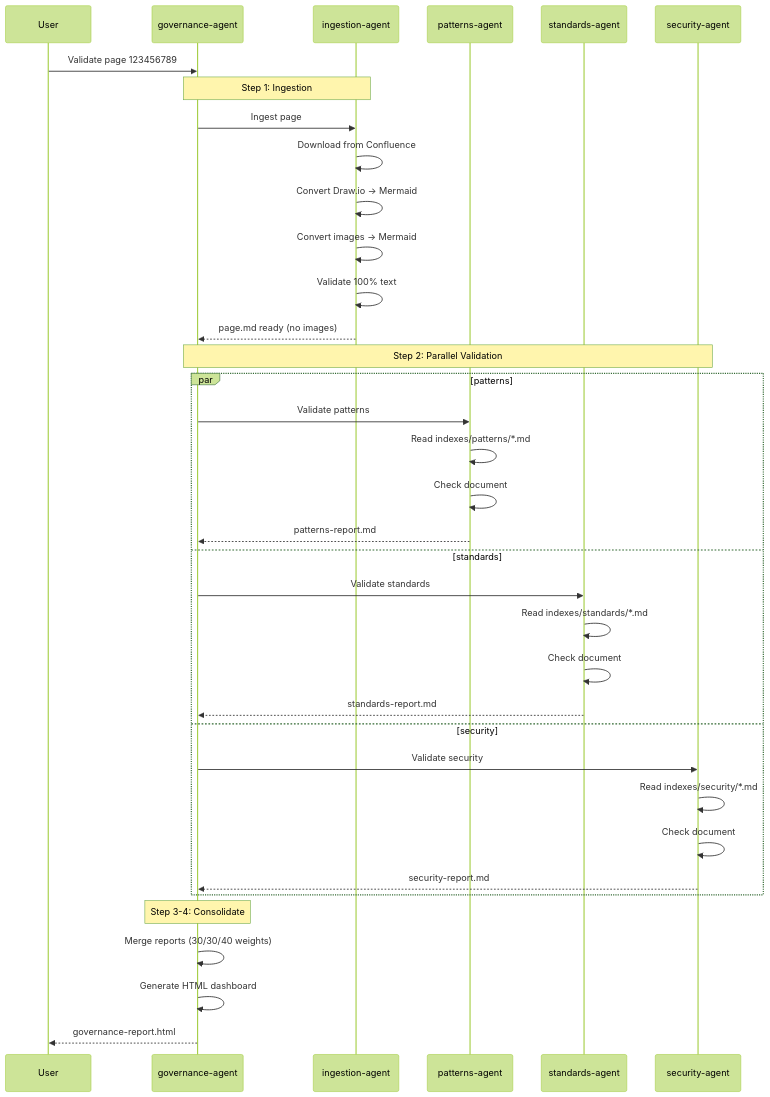
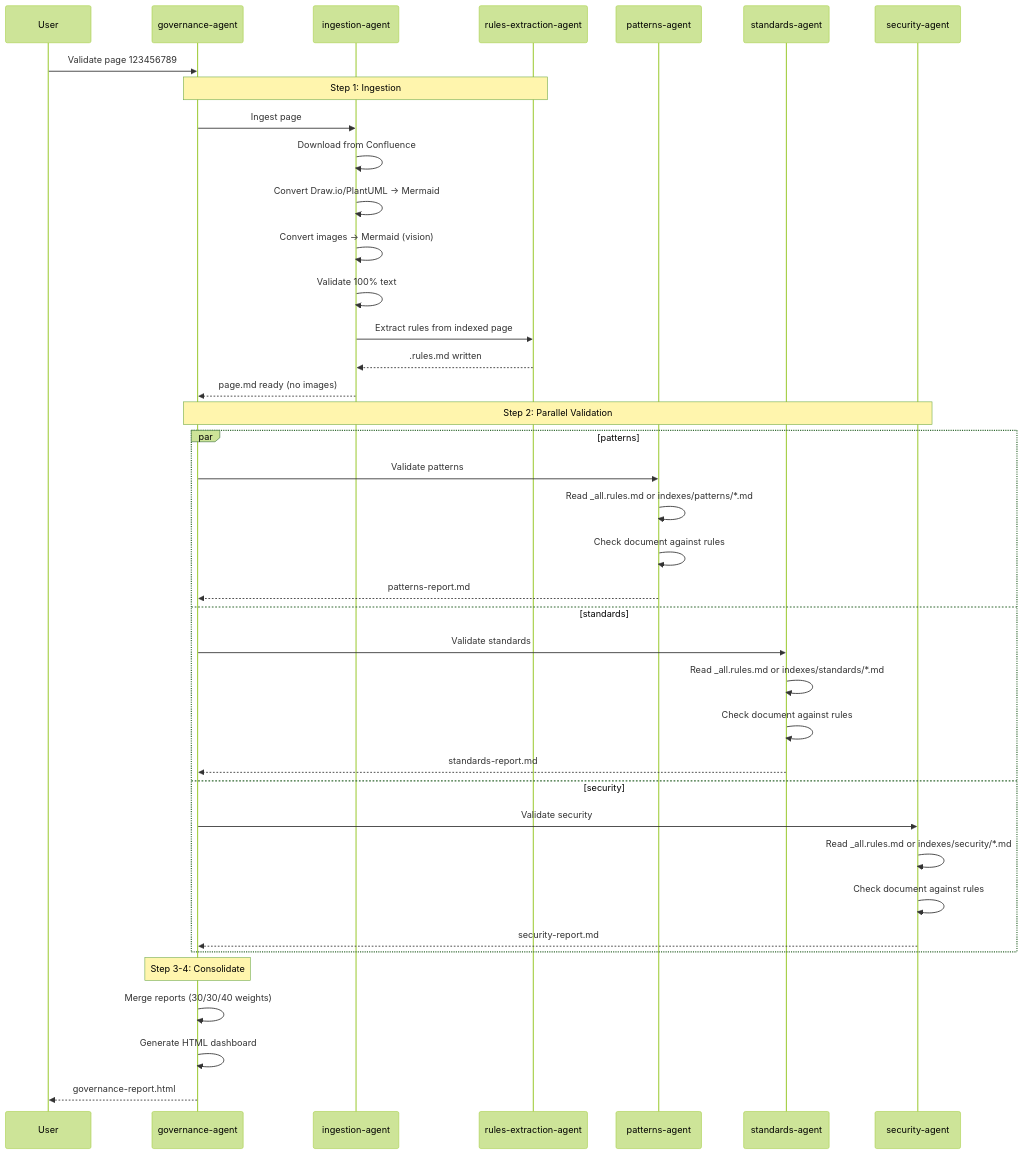
The third of 4 diagrams in README.md (byrash/architecture-governance), drawn with Mermaid (forest theme) before and after one commit. The commit also changed other lines of this file and 21 other files, not shown here.

````diff
--- a/README.md
+++ b/README.md
@@ -146,42 +265,45 @@
 ```mermaid
 sequenceDiagram
     participant User
     participant GA as governance-agent
     participant IA as ingestion-agent
+    participant REA as rules-extraction-agent
     participant PA as patterns-agent
     participant SA as standards-agent
     participant SEA as security-agent
 
     User->>GA: Validate page 123456789
     
-    Note over GA,IA: Step 1: Ingestion
+    Note over GA,REA: Step 1: Ingestion
     GA->>IA: Ingest page
     IA->>IA: Download from Confluence
-    IA->>IA: Convert Draw.io → Mermaid
-    IA->>IA: Convert images → Mermaid
+    IA->>IA: Convert Draw.io/PlantUML → Mermaid
+    IA->>IA: Convert images → Mermaid (vision)
     IA->>IA: Validate 100% text
+    IA->>REA: Extract rules from indexed page
+    REA-->>IA: .rules.md written
     IA-->>GA: page.md ready (no images)
 
     Note over GA,SEA: Step 2: Parallel Validation
     par patterns
         GA->>PA: Validate patterns
-        PA->>PA: Read indexes/patterns/*.md
-        PA->>PA: Check document
+        PA->>PA: Read _all.rules.md or indexes/patterns/*.md
+        PA->>PA: Check document against rules
         PA-->>GA: patterns-report.md
     and standards
         GA->>SA: Validate standards
-        SA->>SA: Read indexes/standards/*.md
-        SA->>SA: Check document
+        SA->>SA: Read _all.rules.md or indexes/standards/*.md
+        SA->>SA: Check document against rules
         SA-->>GA: standards-report.md
     and security
         GA->>SEA: Validate security
-        SEA->>SEA: Read indexes/security/*.md
-        SEA->>SEA: Check document
+        SEA->>SEA: Read _all.rules.md or indexes/security/*.md
+        SEA->>SEA: Check document against rules
         SEA-->>GA: security-report.md
     end
 
     Note over GA: Step 3-4: Consolidate
     GA->>GA: Merge reports (30/30/40 weights)
     GA->>GA: Generate HTML dashboard
     GA-->>User: governance-report.html
 ```
````
